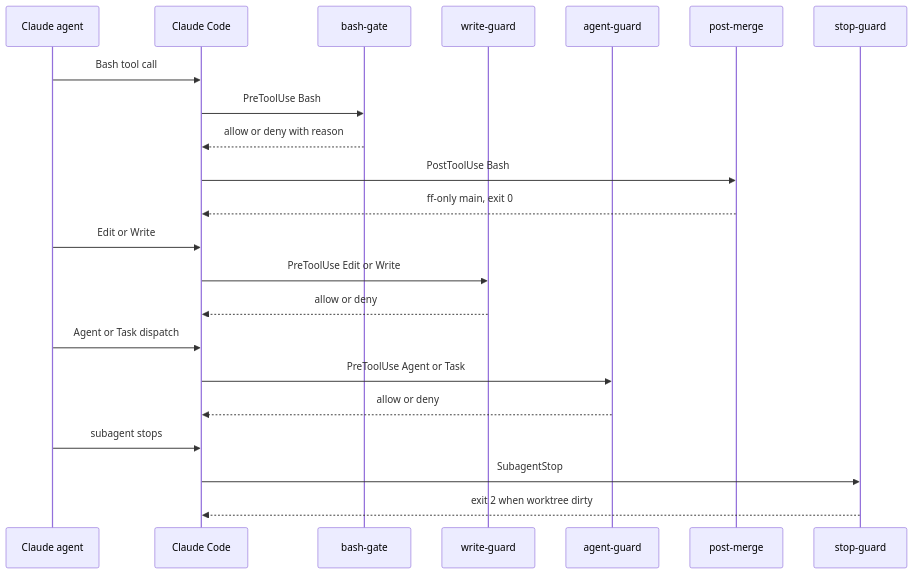
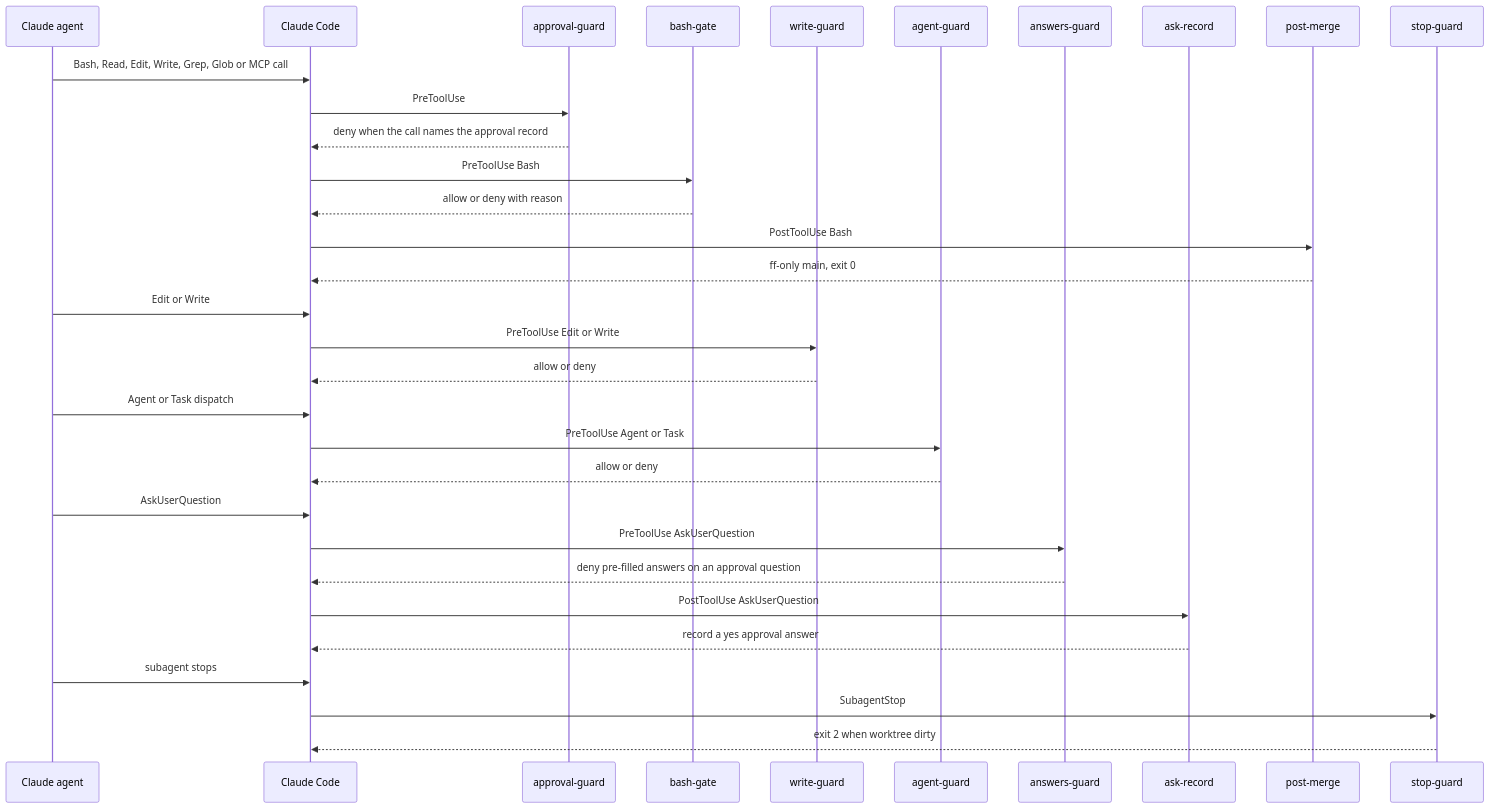
Diagram 11 of 16 in docs/atlas/06-integrations.md (mfittko/dev-loops), drawn with Mermaid before and after one commit. The commit also changed other lines of this file, not shown here.

````diff
--- a/docs/atlas/06-integrations.md
+++ b/docs/atlas/06-integrations.md
@@ -358,24 +358,34 @@
 ```mermaid
 sequenceDiagram
   participant A as Claude agent
   participant CC as Claude Code
+  participant AP as approval-guard
   participant BG as bash-gate
   participant WG as write-guard
   participant AG as agent-guard
+  participant AQ as answers-guard
+  participant AR as ask-record
   participant PM as post-merge
   participant SS as stop-guard
-  A->>CC: Bash tool call
+  A->>CC: Bash, Read, Edit, Write, Grep, Glob or MCP call
+  CC->>AP: PreToolUse
+  AP-->>CC: deny when the call names the approval record
   CC->>BG: PreToolUse Bash
   BG-->>CC: allow or deny with reason
   CC->>PM: PostToolUse Bash
   PM-->>CC: ff-only main, exit 0
   A->>CC: Edit or Write
   CC->>WG: PreToolUse Edit or Write
   WG-->>CC: allow or deny
   A->>CC: Agent or Task dispatch
   CC->>AG: PreToolUse Agent or Task
   AG-->>CC: allow or deny
+  A->>CC: AskUserQuestion
+  CC->>AQ: PreToolUse AskUserQuestion
+  AQ-->>CC: deny pre-filled answers on an approval question
+  CC->>AR: PostToolUse AskUserQuestion
+  AR-->>CC: record a yes approval answer
   A->>CC: subagent stops
   CC->>SS: SubagentStop
   SS-->>CC: exit 2 when worktree dirty
 ```
````
